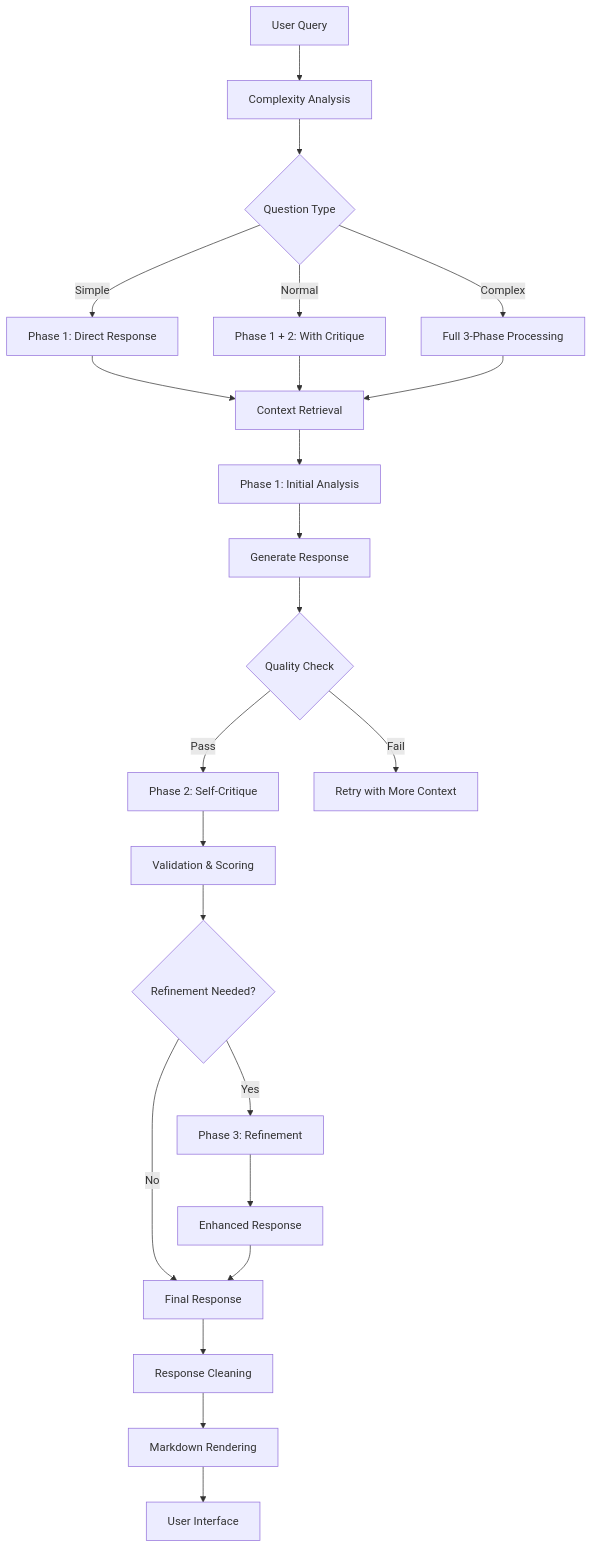
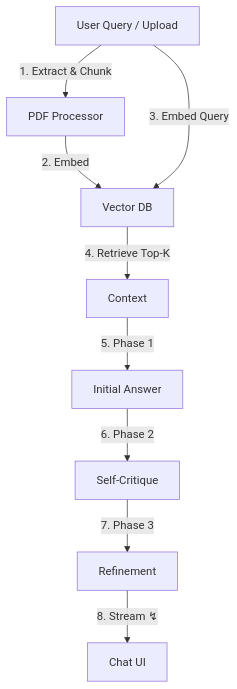
Before and after one commit to Kedhareswer/QuantumPDF_ChatApp_VectorDB: the first of 2 diagrams in README.md, drawn with Mermaid. The commit also changed other lines of this file and 3 other files, not shown here.

````diff
--- a/README.md
+++ b/README.md
@@ -63,32 +34,11 @@
 ```mermaid
-graph TB
-    A[User Query] --> B[Complexity Analysis]
-    B --> C{Question Type}
-    C -->|Simple| D[Phase 1: Direct Response]
-    C -->|Normal| E[Phase 1 + 2: With Critique]
-    C -->|Complex| F[Full 3-Phase Processing]
-    
-    D --> G[Context Retrieval]
-    E --> G
-    F --> G
-    
-    G --> H[Phase 1: Initial Analysis]
-    H --> I[Generate Response]
-    I --> J{Quality Check}
-    
-    J -->|Pass| K[Phase 2: Self-Critique]
-    J -->|Fail| L[Retry with More Context]
-    
-    K --> M[Validation & Scoring]
-    M --> N{Refinement Needed?}
-    
-    N -->|Yes| O[Phase 3: Refinement]
-    N -->|No| P[Final Response]
-    
-    O --> Q[Enhanced Response]
-    Q --> P
-    
-    P --> R[Response Cleaning]
-    R --> S[Markdown Rendering]
-    S --> T[User Interface]
+flowchart TD
+    U[User Query / Upload] -->|1. Extract & Chunk| E[PDF Processor]
+    E -->|2. Embed| V[Vector DB]
+    U -->|3. Embed Query| V
+    V -->|4. Retrieve Top-K| C[Context]
+    C -->|5. Phase 1| P1[Initial Answer]
+    P1 -->|6. Phase 2| P2[Self-Critique]
+    P2 -->|7. Phase 3| P3[Refinement]
+    P3 -->|8. Stream ↯| UI[Chat UI]
 ```
````
